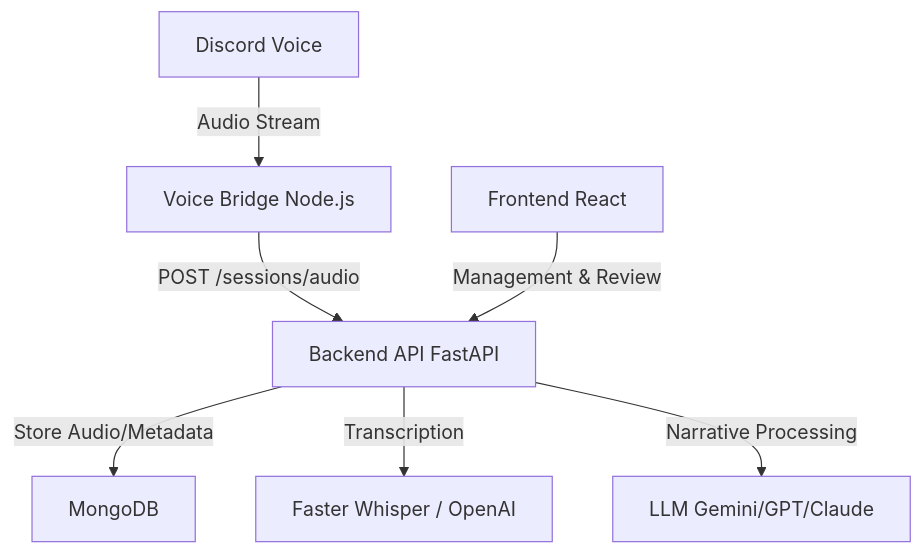
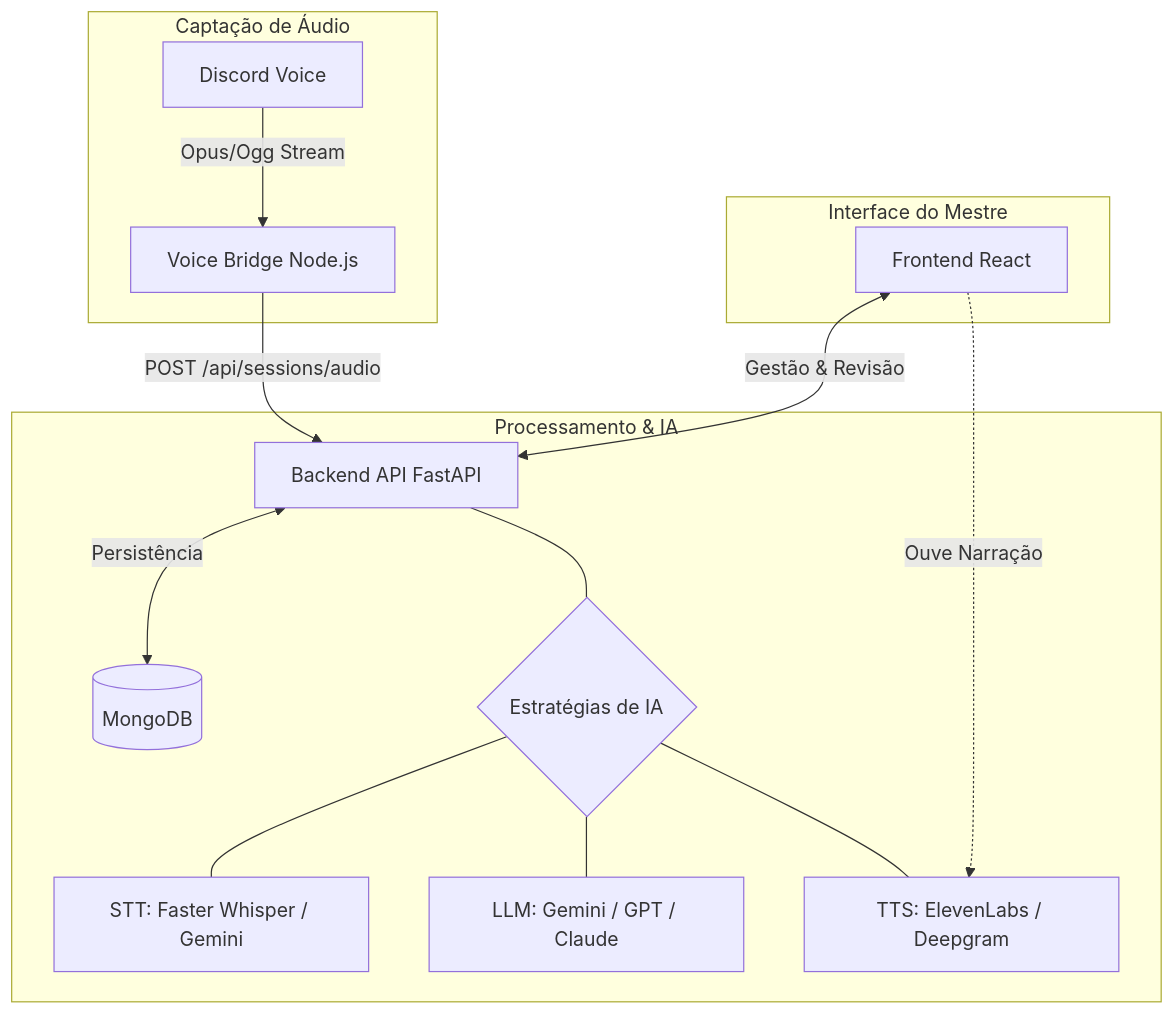
Before and after one commit to mukasc/EchoBot: the diagram in README.md, drawn with Mermaid.

Commit message:
docs: improve system architecture diagram with subgraphs and TTS

````diff
--- a/README.md
+++ b/README.md
@@ -24,9 +24,31 @@
 ```mermaid
 graph TD
-    A[Discord Voice] -->|Audio Stream| B[Voice Bridge Node.js]
-    B -->|POST /sessions/audio| C[Backend API FastAPI]
-    C -->|Store Audio/Metadata| D[MongoDB]
-    C -->|Transcription| E[Faster Whisper / OpenAI]
-    C -->|Narrative Processing| F[LLM Gemini/GPT/Claude]
-    G[Frontend React] -->|Management & Review| C
+    subgraph "Captação de Áudio"
+        A[Discord Voice] -->|Opus/Ogg Stream| B[Voice Bridge Node.js]
+    end
+
+    subgraph "Processamento & IA"
+        C[Backend API FastAPI]
+        D[(MongoDB)]
+        E{Estratégias de IA}
+        
+        E1[STT: Faster Whisper / Gemini]
+        E2[LLM: Gemini / GPT / Claude]
+        E3[TTS: ElevenLabs / Deepgram]
+    end
+
+    subgraph "Interface do Mestre"
+        G[Frontend React]
+    end
+
+    B -->|POST /api/sessions/audio| C
+    C <-->|Persistência| D
+    
+    C --- E
+    E --- E1
+    E --- E2
+    E --- E3
+    
+    G <-->|Gestão & Revisão| C
+    G -.->|Ouve Narração| E3
 ```
````
